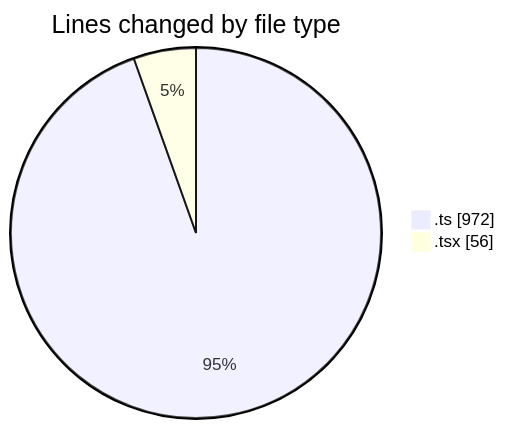
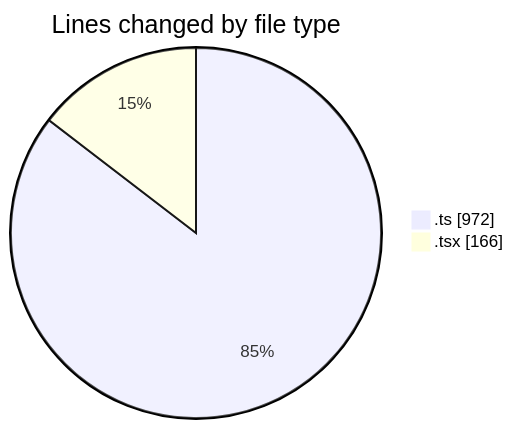
Before and after one commit to JenPaints/code-tracking: the first of 2 diagrams in 2025-06-22/archive/README.md, drawn with Mermaid. The commit also changed other lines of this file and 1 other file, not shown here.

````diff
--- a/2025-06-22/archive/README.md
+++ b/2025-06-22/archive/README.md
@@ -22,6 +23,6 @@
 ```mermaid
 pie showData
 title Lines changed by file type
 ".ts" : 972
-".tsx" : 56
+".tsx" : 166
 ```
````
